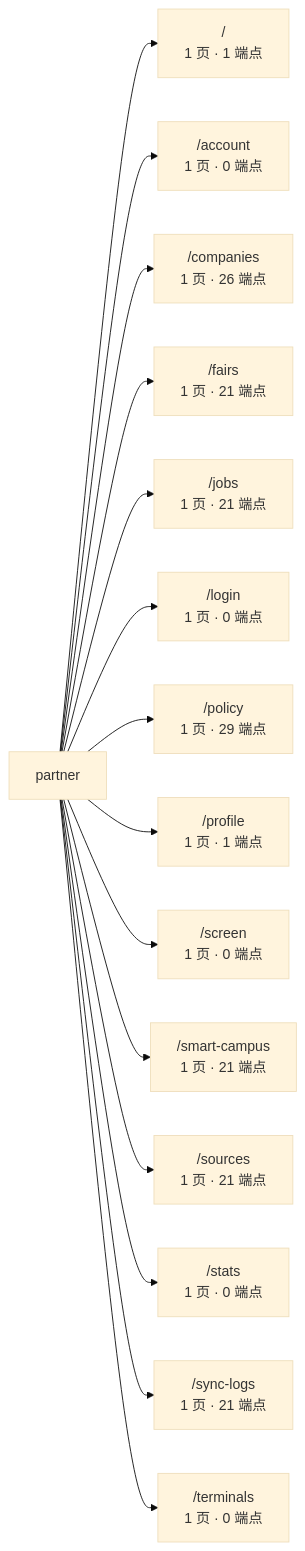
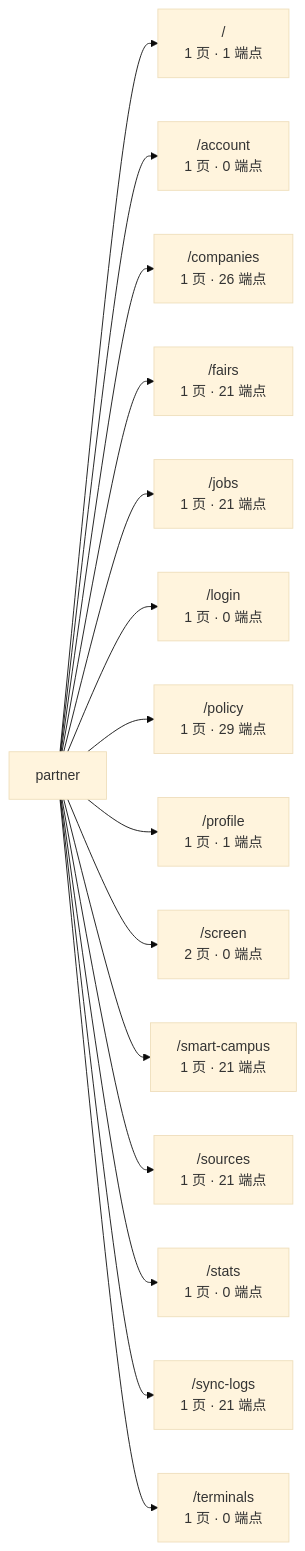
The third of 3 diagrams in docs/graph/routes.md (wanglei581/YITIJI), drawn with Mermaid (base theme) before and after one commit. The commit also changed other lines of this file and 3 other files, not shown here.

Commit message:
chore(graph): regenerate after the twin screen routes and gate

````diff
--- a/docs/graph/routes.md
+++ b/docs/graph/routes.md
@@ -425,18 +426,18 @@
 ```mermaid
 flowchart LR
   app["partner"]
   app --> _root_["/<br/>1 页 · 1 端点"]
   app --> account["/account<br/>1 页 · 0 端点"]
   app --> companies["/companies<br/>1 页 · 26 端点"]
   app --> fairs["/fairs<br/>1 页 · 21 端点"]
   app --> jobs["/jobs<br/>1 页 · 21 端点"]
   app --> login["/login<br/>1 页 · 0 端点"]
   app --> policy["/policy<br/>1 页 · 29 端点"]
   app --> profile["/profile<br/>1 页 · 1 端点"]
-  app --> screen["/screen<br/>1 页 · 0 端点"]
+  app --> screen["/screen<br/>2 页 · 0 端点"]
   app --> smart_campus["/smart-campus<br/>1 页 · 21 端点"]
   app --> sources["/sources<br/>1 页 · 21 端点"]
   app --> stats["/stats<br/>1 页 · 0 端点"]
   app --> sync_logs["/sync-logs<br/>1 页 · 21 端点"]
   app --> terminals["/terminals<br/>1 页 · 0 端点"]
 ```
````
